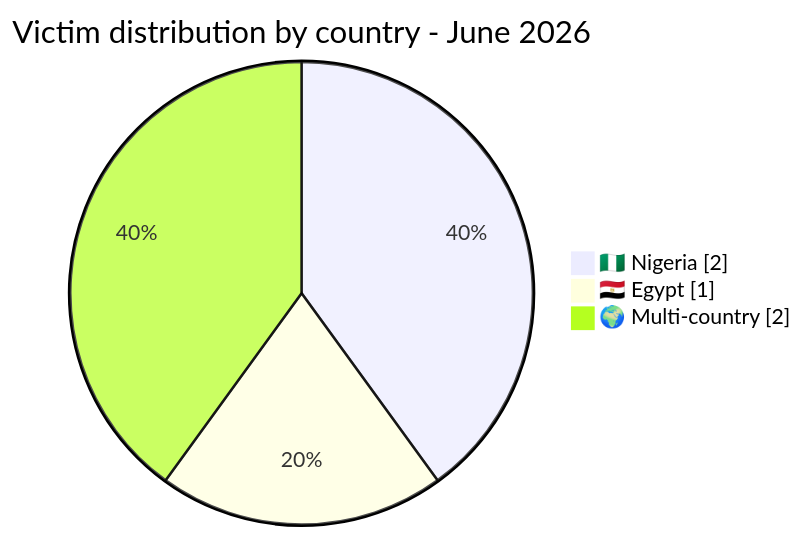
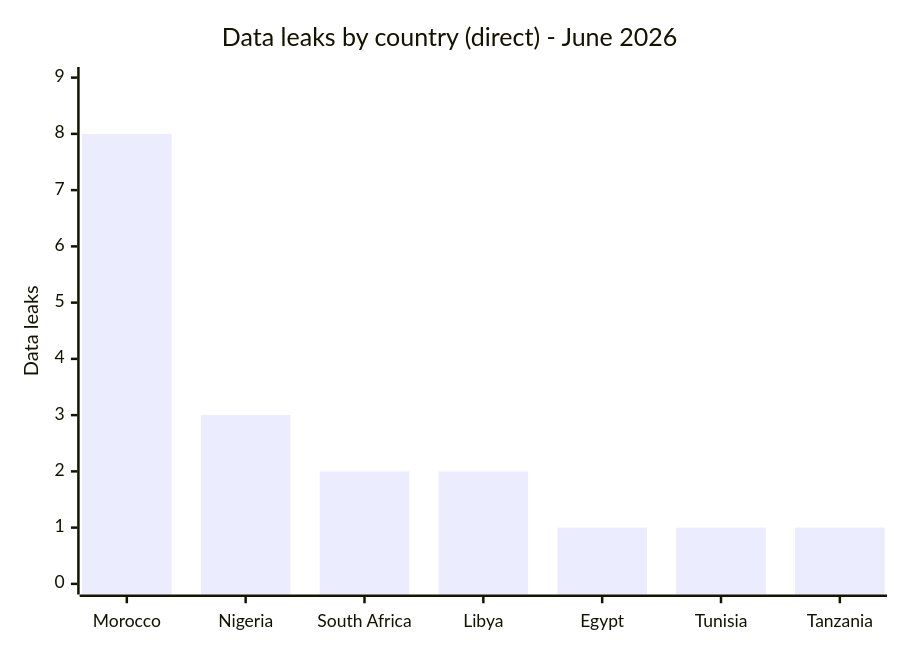
Before and after one commit to Hatchepsoute/AFRINTEL: the fourth of 7 diagrams in statistics/2026/06-june/README.md, drawn with Mermaid. The commit also changed other lines of this file and 18 other files, not shown here.

````diff
--- a/statistics/2026/06-june/README.md
+++ b/statistics/2026/06-june/README.md
@@ -61,7 +161,7 @@
 ```mermaid
-pie showData
-    title Victim distribution by country - June 2026
-    "🇳🇬 Nigeria" : 2
-    "🇪🇬 Egypt" : 1
-    "🌍 Multi-country" : 2
+xychart-beta
+    title "Data leaks by country (direct) - June 2026"
+    x-axis ["Morocco","Nigeria","South Africa","Libya","Egypt","Tunisia","Tanzania"]
+    y-axis "Data leaks" 0 --> 9
+    bar [8,3,2,2,1,1,1]
 ```
````
